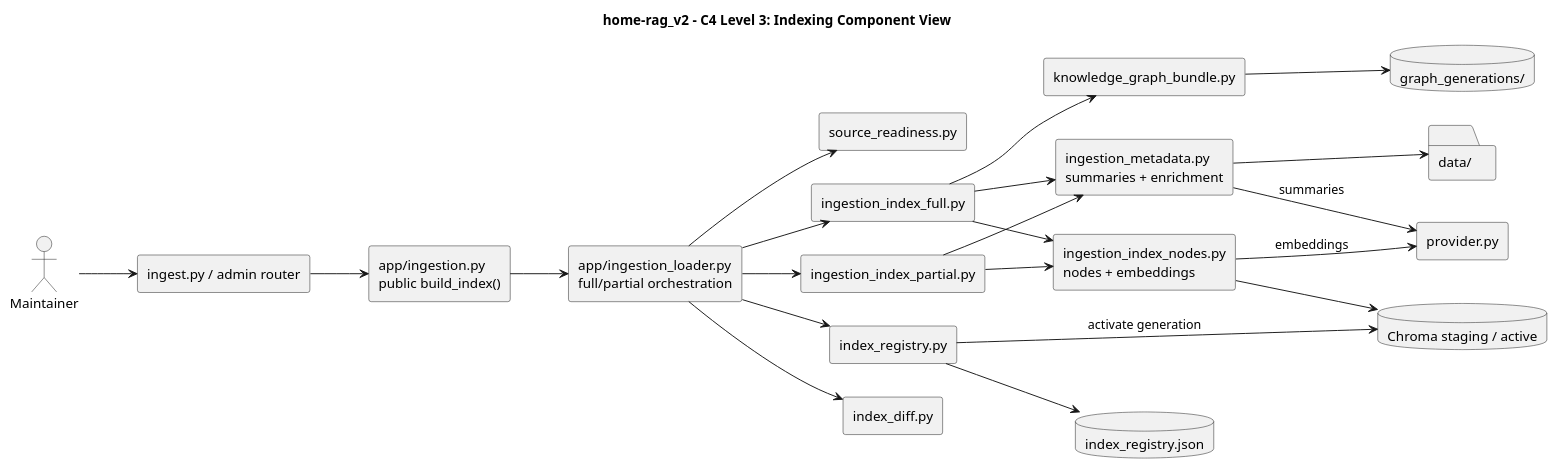
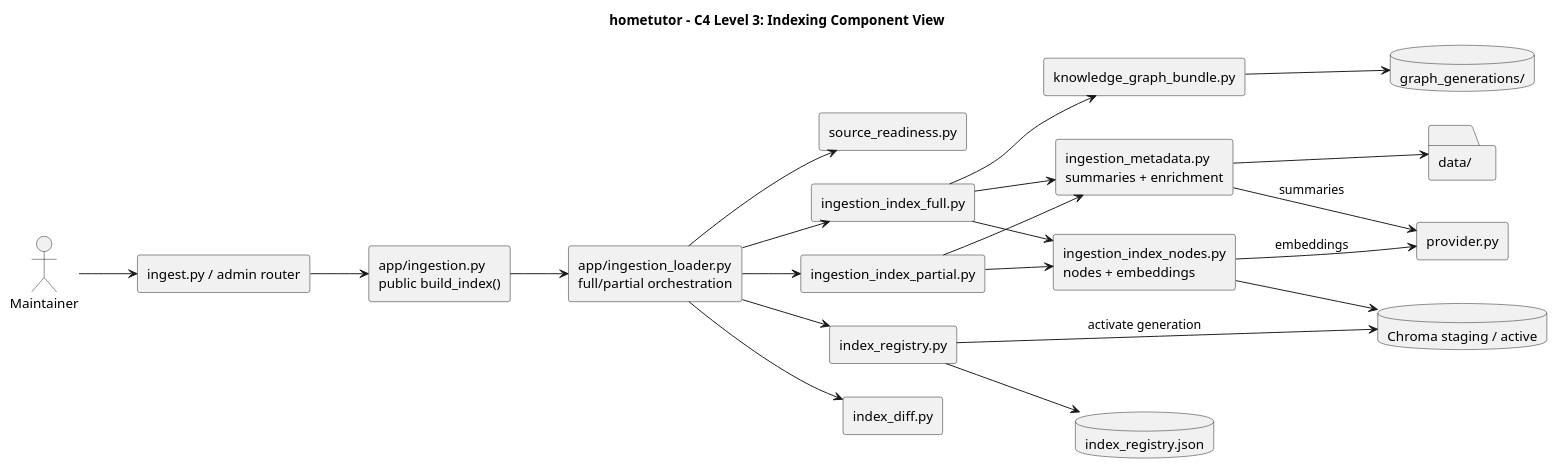
The fourth of 12 diagrams in doc/architecture.md (ktolmachov/hometutor-studio), drawn with PlantUML before and after one commit. The commit also changed other lines of this file and 119 other files, not shown here.

````diff
--- a/doc/architecture.md
+++ b/doc/architecture.md
@@ -148,47 +148,47 @@
 ```plantuml
 @startuml
-title home-rag_v2 - C4 Level 3: Indexing Component View
+title hometutor - C4 Level 3: Indexing Component View
 left to right direction
 skinparam shadowing false
 skinparam componentStyle rectangle
 
 actor Maintainer
 folder "data/" as Data
 component "ingest.py / admin router" as Entrypoint
 component "app/ingestion.py\npublic build_index()" as Ingestion
 component "app/ingestion_loader.py\nfull/partial orchestration" as Loader
 component "source_readiness.py" as Readiness
 component "ingestion_metadata.py\nsummaries + enrichment" as Metadata
 component "ingestion_index_nodes.py\nnodes + embeddings" as Nodes
 component "ingestion_index_partial.py" as Partial
 component "ingestion_index_full.py" as Full
 component "index_diff.py" as Diff
 component "index_registry.py" as Registry
 component "knowledge_graph_bundle.py" as GraphBundle
 component "provider.py" as Provider
 database "Chroma staging / active" as Chroma
 database "graph_generations/" as Graphs
 database "index_registry.json" as RegistryFile
 
 Maintainer --> Entrypoint
 Entrypoint --> Ingestion
 Ingestion --> Loader
 Loader --> Readiness
 Loader --> Diff
 Loader --> Partial
 Loader --> Full
 Partial --> Metadata
 Full --> Metadata
 Metadata --> Data
 Metadata --> Provider : summaries
 Partial --> Nodes
 Full --> Nodes
 Nodes --> Provider : embeddings
 Nodes --> Chroma
 Full --> GraphBundle
 GraphBundle --> Graphs
 Loader --> Registry
 Registry --> RegistryFile
 Registry --> Chroma : activate generation
 @enduml
 ```
````
